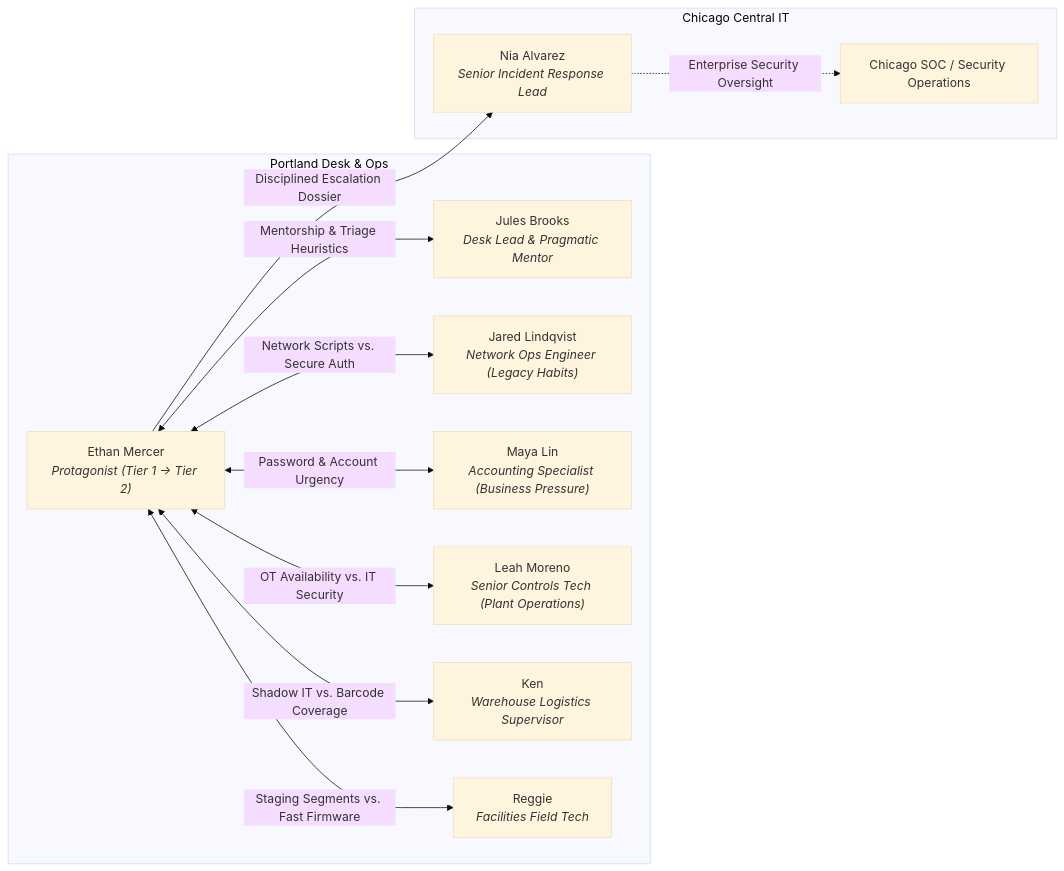
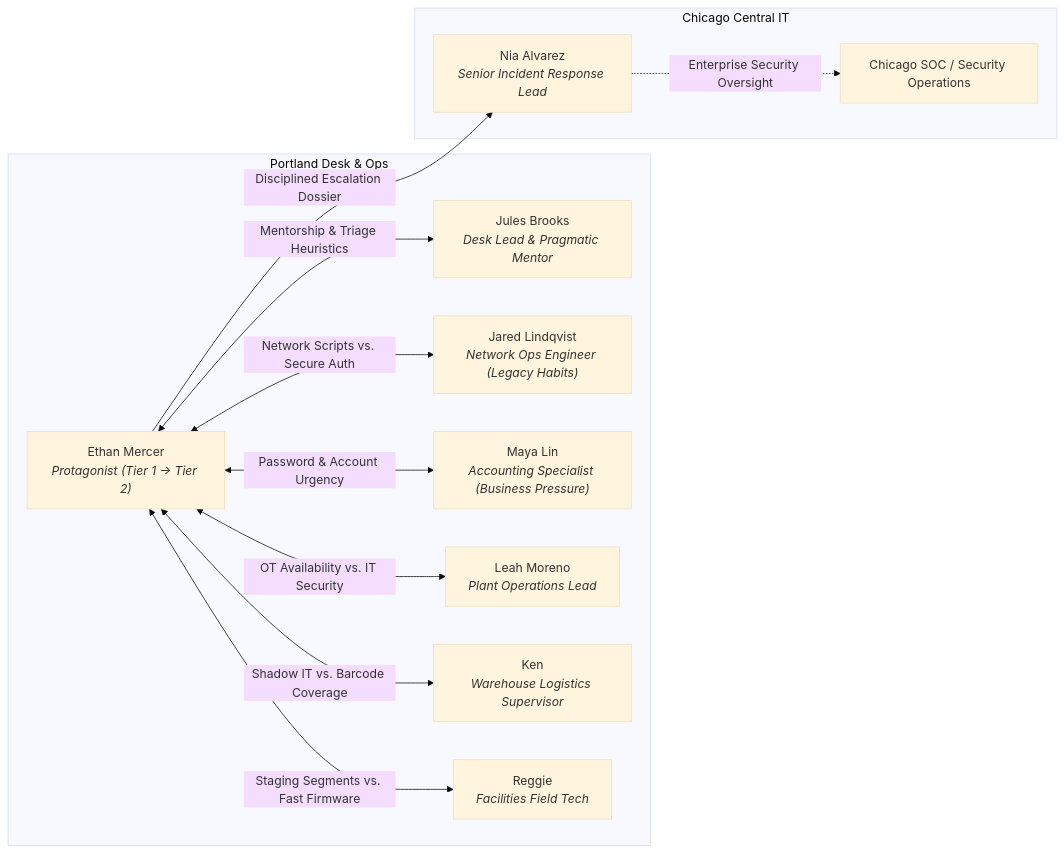
The diagram in docs/research/PORTLAND_AUTHOR_BIBLE.md (cwarloe/learning-narrative-kit), drawn with Mermaid (base theme) before and after one commit. The commit also changed other lines of this file and 41 other files, not shown here.

````diff
--- a/docs/research/PORTLAND_AUTHOR_BIBLE.md
+++ b/docs/research/PORTLAND_AUTHOR_BIBLE.md
@@ -57,26 +57,26 @@
 ```mermaid
 graph LR
     subgraph Portland Desk & Ops
         Ethan["Ethan Mercer<br/><i>Protagonist (Tier 1 -> Tier 2)</i>"]
         Jules["Jules Brooks<br/><i>Desk Lead & Pragmatic Mentor</i>"]
         Jared["Jared Lindqvist<br/><i>Network Ops Engineer (Legacy Habits)</i>"]
         Maya["Maya Lin<br/><i>Accounting Specialist (Business Pressure)</i>"]
-        Leah["Leah Moreno<br/><i>Senior Controls Tech (Plant Operations)</i>"]
+        Leah["Leah Moreno<br/><i>Plant Operations Lead</i>"]
         Ken["Ken<br/><i>Warehouse Logistics Supervisor</i>"]
         Reggie["Reggie<br/><i>Facilities Field Tech</i>"]
     end
 
     subgraph Chicago Central IT
         Nia["Nia Alvarez<br/><i>Senior Incident Response Lead</i>"]
         CentralSOC["Chicago SOC / Security Operations"]
     end
 
     Ethan <-->|Mentorship & Triage Heuristics| Jules
     Ethan <-->|Network Scripts vs. Secure Auth| Jared
     Ethan <-->|Password & Account Urgency| Maya
     Ethan <-->|OT Availability vs. IT Security| Leah
     Ethan <-->|Shadow IT vs. Barcode Coverage| Ken
     Ethan <-->|Staging Segments vs. Fast Firmware| Reggie
     Ethan -->|Disciplined Escalation Dossier| Nia
     Nia -.->|Enterprise Security Oversight| CentralSOC
 ```
````
